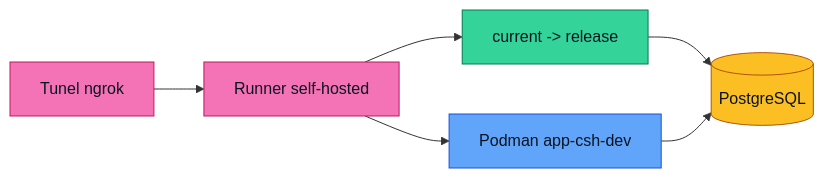
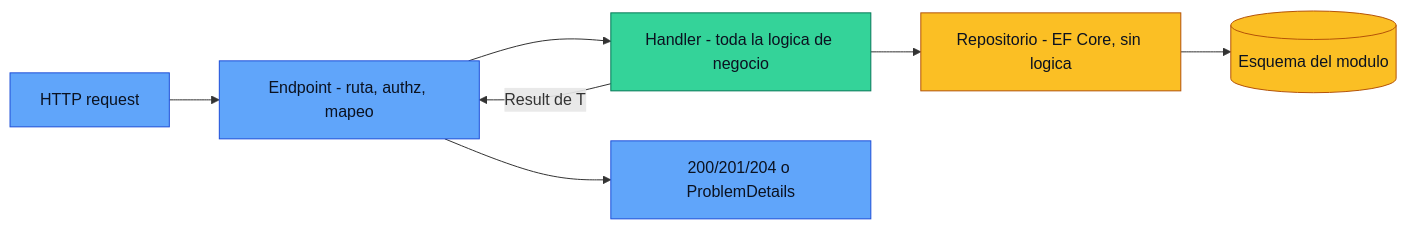
One commit to S3-Simple-Software-Solutions/CSH changed the third of 11 diagrams in docs/diagramas.md. Above: the diagram before and after it, drawn with Mermaid. The commit also changed other lines of this file, not shown here.

First line of the commit message:
docs(diagramas): reescribir los diagramas al stack destino .NET 10 e infra AWS

````diff
--- a/docs/diagramas.md
+++ b/docs/diagramas.md
@@ -34,19 +97,16 @@
 ```mermaid
 flowchart LR
-    classDef edge fill:#f472b6,color:#0b1220,stroke:#be185d
-    classDef prod fill:#34d399,color:#0b1220,stroke:#047857
-    classDef dev fill:#60a5fa,color:#0b1220,stroke:#1d4ed8
-    classDef datos fill:#fbbf24,color:#0b1220,stroke:#b45309
+    classDef http fill:#60a5fa,color:#0b1220,stroke:#1d4ed8
+    classDef logica fill:#34d399,color:#0b1220,stroke:#047857
+    classDef infra fill:#fbbf24,color:#0b1220,stroke:#b45309
 
-    Tunnel[Tunel ngrok]:::edge
-    Runner[Runner self-hosted]:::edge
-    Prod[current -> release]:::prod
-    DevEnv[Podman app-csh-dev]:::dev
-    DB[(PostgreSQL)]:::datos
+    Req[HTTP request]:::http
+    Endpoint[Endpoint - ruta, authz, mapeo]:::http
+    Handler[Handler - toda la logica de negocio]:::logica
+    Repo[Repositorio - EF Core, sin logica]:::infra
+    DB[(Esquema del modulo)]:::infra
+    Resp[200/201/204 o ProblemDetails]:::http
 
-    Tunnel --> Runner
-    Runner --> Prod
-    Runner --> DevEnv
-    Prod --> DB
-    DevEnv --> DB
+    Req --> Endpoint --> Handler --> Repo --> DB
+    Handler -->|"Result de T"| Endpoint --> Resp
 ```
````
